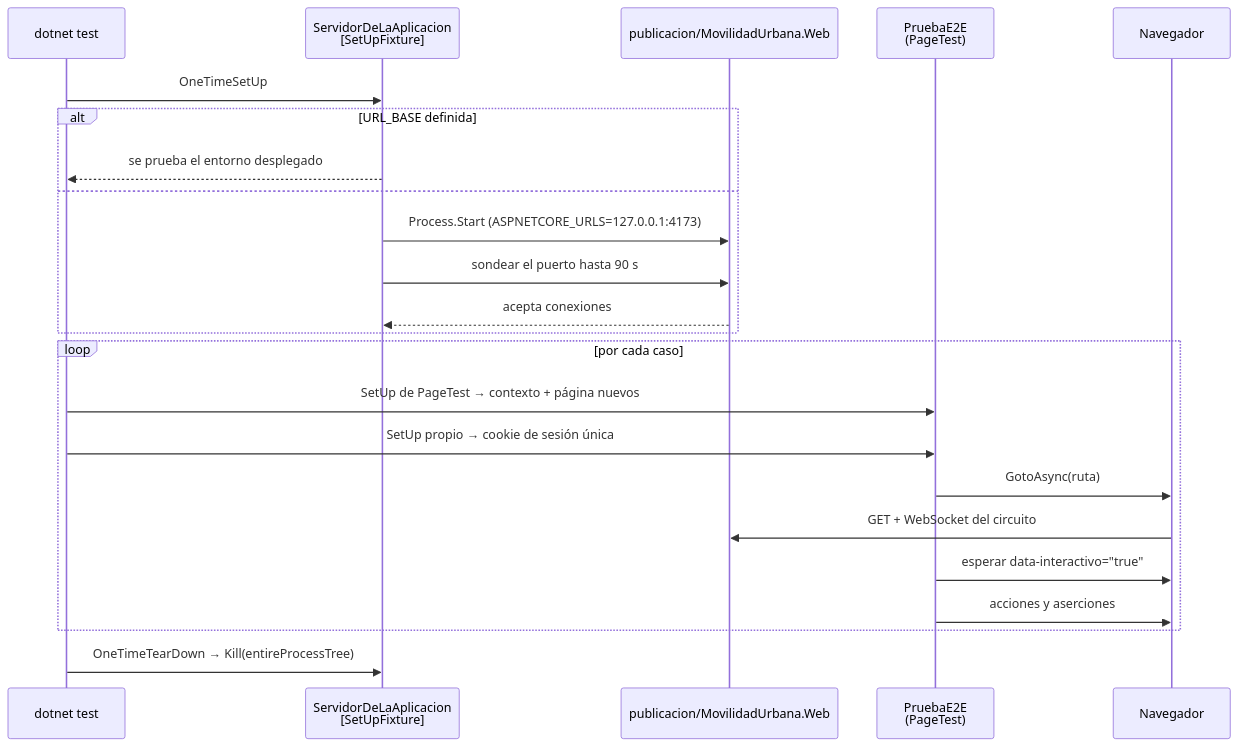
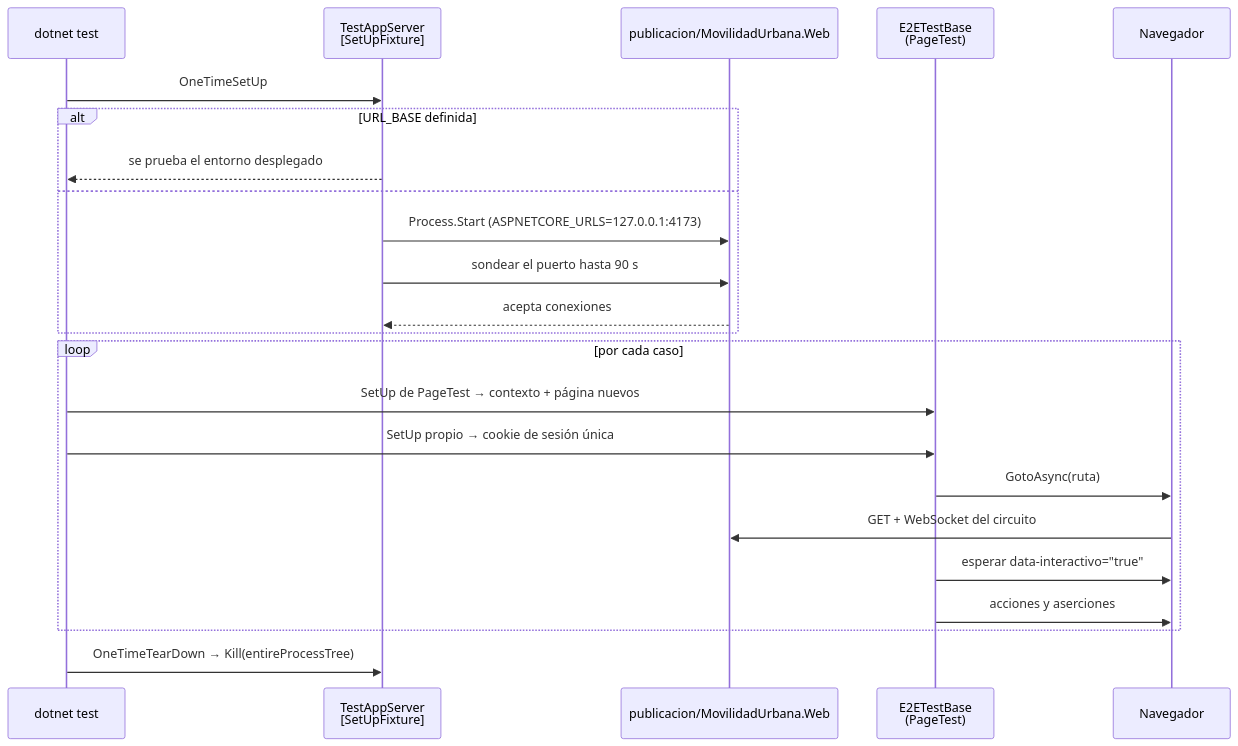
Before and after one commit to hdcm-dev/Lab-E2E.WebBlazor.Documentacion: the second of 5 diagrams in Guides/E2E-Guide/Beginner-Guide.md, drawn with Mermaid. The commit also changed other lines of this file and 17 other files, not shown here.

````diff
--- a/Guides/E2E-Guide/Beginner-Guide.md
+++ b/Guides/E2E-Guide/Beginner-Guide.md
@@ -460,26 +460,26 @@
 ```mermaid
 sequenceDiagram
     participant T as dotnet test
-    participant F as ServidorDeLaAplicacion<br/>[SetUpFixture]
+    participant F as TestAppServer<br/>[SetUpFixture]
     participant A as publicacion/MovilidadUrbana.Web
-    participant B as PruebaE2E<br/>(PageTest)
+    participant B as E2ETestBase<br/>(PageTest)
     participant N as Navegador
 
     T->>F: OneTimeSetUp
     alt URL_BASE definida
         F-->>T: se prueba el entorno desplegado
     else
         F->>A: Process.Start (ASPNETCORE_URLS=127.0.0.1:4173)
         F->>A: sondear el puerto hasta 90 s
         A-->>F: acepta conexiones
     end
     loop por cada caso
         T->>B: SetUp de PageTest → contexto + página nuevos
         T->>B: SetUp propio → cookie de sesión única
         B->>N: GotoAsync(ruta)
         N->>A: GET + WebSocket del circuito
         B->>N: esperar data-interactivo="true"
         B->>N: acciones y aserciones
     end
     T->>F: OneTimeTearDown → Kill(entireProcessTree)
 ```
````
